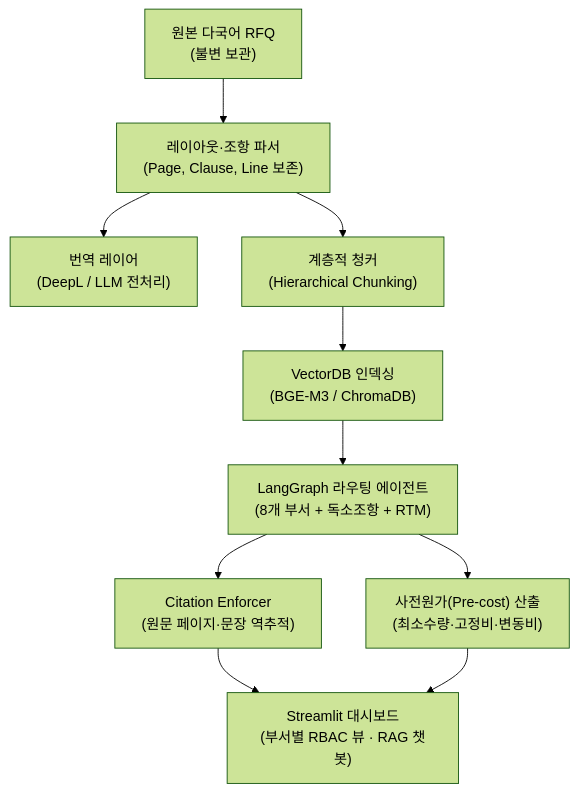
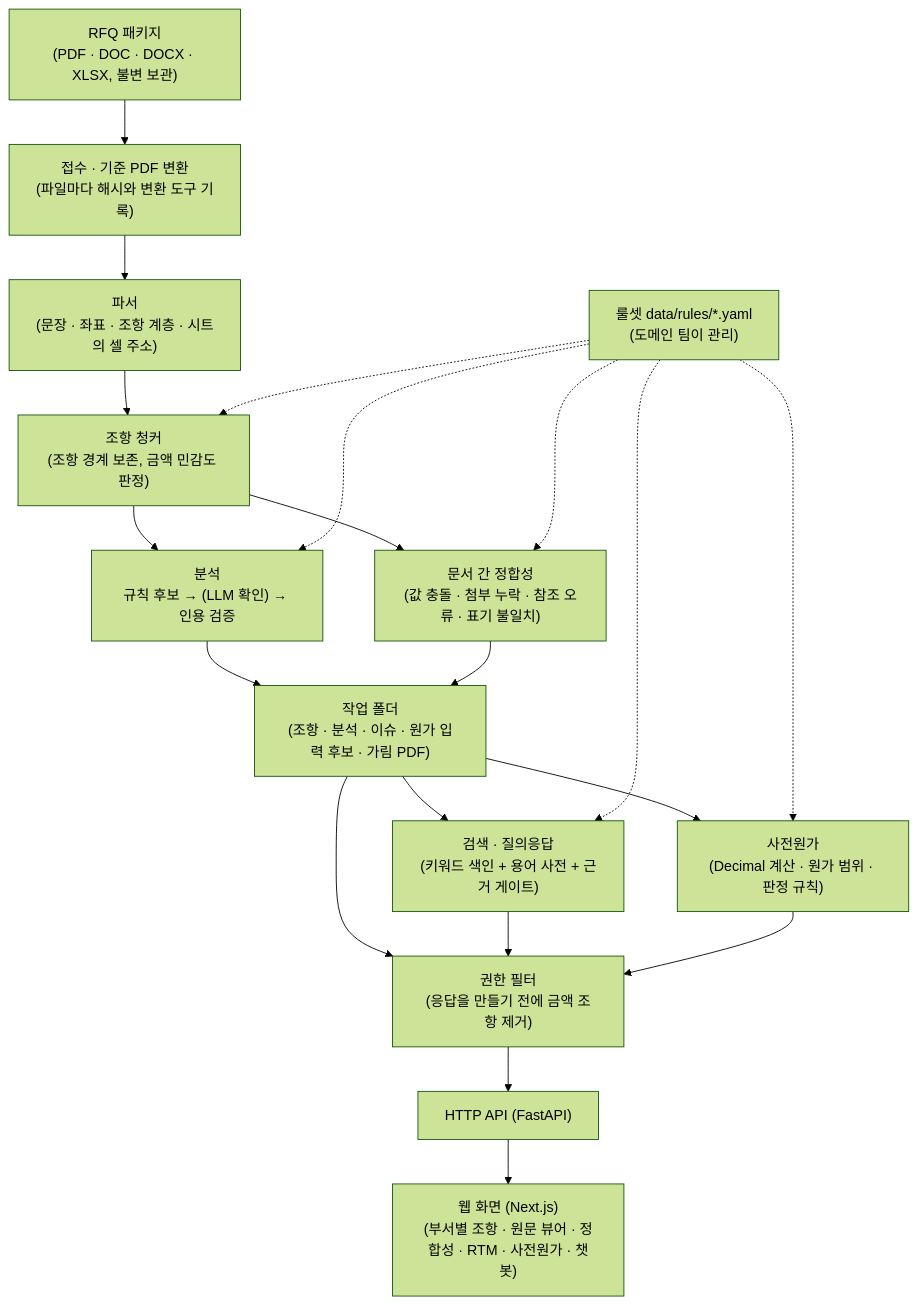
One commit to Sogang-RFx/AutoRFx changed the diagram in docs/architecture.md. Above: the diagram before and after it, drawn with Mermaid (forest theme). The commit also changed other lines of this file and 142 other files, not shown here.

First line of the commit message:
feat: build the real RFQ package pipeline, API and web v2

````diff
--- a/docs/architecture.md
+++ b/docs/architecture.md
@@ -3,12 +5,22 @@
 ```mermaid
 flowchart TD
-    A["원본 다국어 RFQ<br/>(불변 보관)"] --> B["레이아웃·조항 파서<br/>(Page, Clause, Line 보존)"]
-    B --> C["번역 레이어<br/>(DeepL / LLM 전처리)"]
-    B --> D["계층적 청커<br/>(Hierarchical Chunking)"]
-    D --> E["VectorDB 인덱싱<br/>(BGE-M3 / ChromaDB)"]
-    E --> F["LangGraph 라우팅 에이전트<br/>(8개 부서 + 독소조항 + RTM)"]
-    F --> G["Citation Enforcer<br/>(원문 페이지·문장 역추적)"]
-    F --> H["사전원가(Pre-cost) 산출<br/>(최소수량·고정비·변동비)"]
-    G --> I["Streamlit 대시보드<br/>(부서별 RBAC 뷰 · RAG 챗봇)"]
-    H --> I
+    A["RFQ 패키지<br/>(PDF · DOC · DOCX · XLSX, 불변 보관)"] --> B["접수 · 기준 PDF 변환<br/>(파일마다 해시와 변환 도구 기록)"]
+    B --> C["파서<br/>(문장 · 좌표 · 조항 계층 · 시트의 셀 주소)"]
+    C --> D["조항 청커<br/>(조항 경계 보존, 금액 민감도 판정)"]
+    D --> E["분석<br/>규칙 후보 → (LLM 확인) → 인용 검증"]
+    D --> F["문서 간 정합성<br/>(값 충돌 · 첨부 누락 · 참조 오류 · 표기 불일치)"]
+    E --> G["작업 폴더<br/>(조항 · 분석 · 이슈 · 원가 입력 후보 · 가림 PDF)"]
+    F --> G
+    G --> H["권한 필터<br/>(응답을 만들기 전에 금액 조항 제거)"]
+    H --> I["HTTP API (FastAPI)"]
+    G --> J["검색 · 질의응답<br/>(키워드 색인 + 용어 사전 + 근거 게이트)"]
+    G --> K["사전원가<br/>(Decimal 계산 · 원가 범위 · 판정 규칙)"]
+    J --> H
+    K --> H
+    I --> L["웹 화면 (Next.js)<br/>(부서별 조항 · 원문 뷰어 · 정합성 · RTM · 사전원가 · 챗봇)"]
+    R["룰셋 data/rules/*.yaml<br/>(도메인 팀이 관리)"] -.-> D
+    R -.-> E
+    R -.-> F
+    R -.-> J
+    R -.-> K
 ```
````
